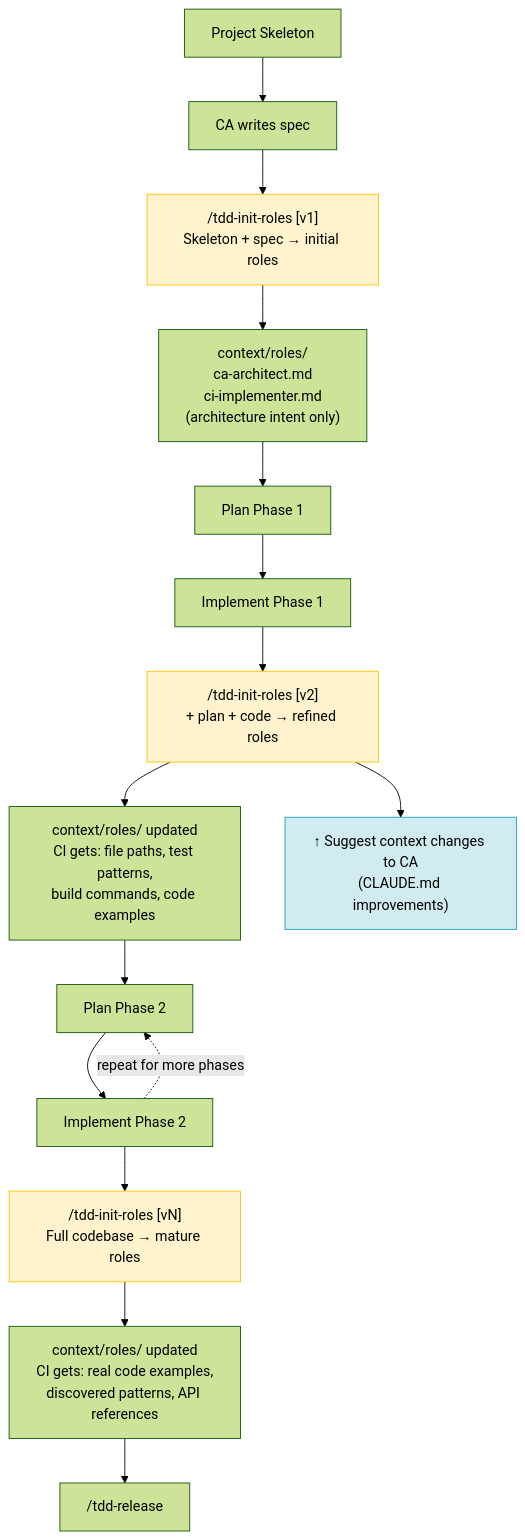
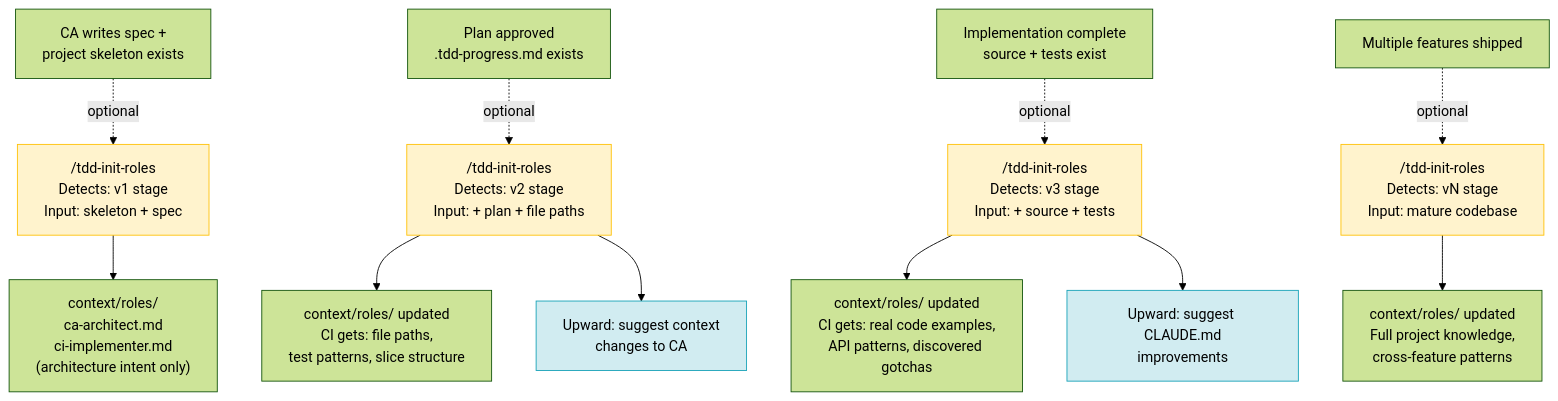
The fifth of 6 diagrams in explorations/role-to-agent-analysis/proposed-workflow-diagrams.md (hugo-bluecorn/claude-code-tdd-workflow), drawn with Mermaid (forest theme) before and after one commit. The commit also changed other lines of this file, not shown here.

First line of the commit message:
docs: revise proposed workflow diagrams for accuracy

````diff
--- a/explorations/role-to-agent-analysis/proposed-workflow-diagrams.md
+++ b/explorations/role-to-agent-analysis/proposed-workflow-diagrams.md
@@ -178,28 +231,23 @@
 ```mermaid
 flowchart TD
-    SKELETON[Project Skeleton] --> SPEC[CA writes spec]
-    SPEC --> INIT1["/tdd-init-roles [v1]<br/>Skeleton + spec → initial roles"]
-
+    SPEC[CA writes spec +<br/>project skeleton exists] -.->|optional| INIT1["/tdd-init-roles<br/>Detects: v1 stage<br/>Input: skeleton + spec"]
     INIT1 --> ROLES1["context/roles/<br/>ca-architect.md<br/>ci-implementer.md<br/>(architecture intent only)"]
 
-    ROLES1 --> PLAN1[Plan Phase 1]
-    PLAN1 --> IMPL1[Implement Phase 1]
-    IMPL1 --> INIT2["/tdd-init-roles [v2]<br/>+ plan + code → refined roles"]
+    PLAN[Plan approved<br/>.tdd-progress.md exists] -.->|optional| INIT2["/tdd-init-roles<br/>Detects: v2 stage<br/>Input: + plan + file paths"]
+    INIT2 --> ROLES2["context/roles/ updated<br/>CI gets: file paths,<br/>test patterns, slice structure"]
+    INIT2 --> SUGGEST2["Upward: suggest context<br/>changes to CA"]
 
-    INIT2 --> ROLES2["context/roles/ updated<br/>CI gets: file paths, test patterns,<br/>build commands, code examples"]
-    INIT2 --> SUGGEST["↑ Suggest context changes to CA<br/>(CLAUDE.md improvements)"]
+    IMPL[Implementation complete<br/>source + tests exist] -.->|optional| INIT3["/tdd-init-roles<br/>Detects: v3 stage<br/>Input: + source + tests"]
+    INIT3 --> ROLES3["context/roles/ updated<br/>CI gets: real code examples,<br/>API patterns, discovered gotchas"]
+    INIT3 --> SUGGEST3["Upward: suggest CLAUDE.md<br/>improvements"]
 
-    ROLES2 --> PLAN2[Plan Phase 2]
-    PLAN2 --> IMPL2[Implement Phase 2]
-    IMPL2 -.->|"repeat for more phases"| PLAN2
-
-    IMPL2 --> INITN["/tdd-init-roles [vN]<br/>Full codebase → mature roles"]
-    INITN --> ROLESN["context/roles/ updated<br/>CI gets: real code examples,<br/>discovered patterns, API references"]
-
-    ROLESN --> RELEASE["/tdd-release"]
+    EVOLVE[Multiple features shipped] -.->|optional| INITN["/tdd-init-roles<br/>Detects: vN stage<br/>Input: mature codebase"]
+    INITN --> ROLESN["context/roles/ updated<br/>Full project knowledge,<br/>cross-feature patterns"]
 
     style INIT1 fill:#fff3cd,stroke:#ffc107
     style INIT2 fill:#fff3cd,stroke:#ffc107
+    style INIT3 fill:#fff3cd,stroke:#ffc107
     style INITN fill:#fff3cd,stroke:#ffc107
-    style SUGGEST fill:#d1ecf1,stroke:#17a2b8
+    style SUGGEST2 fill:#d1ecf1,stroke:#17a2b8
+    style SUGGEST3 fill:#d1ecf1,stroke:#17a2b8
 ```
````
